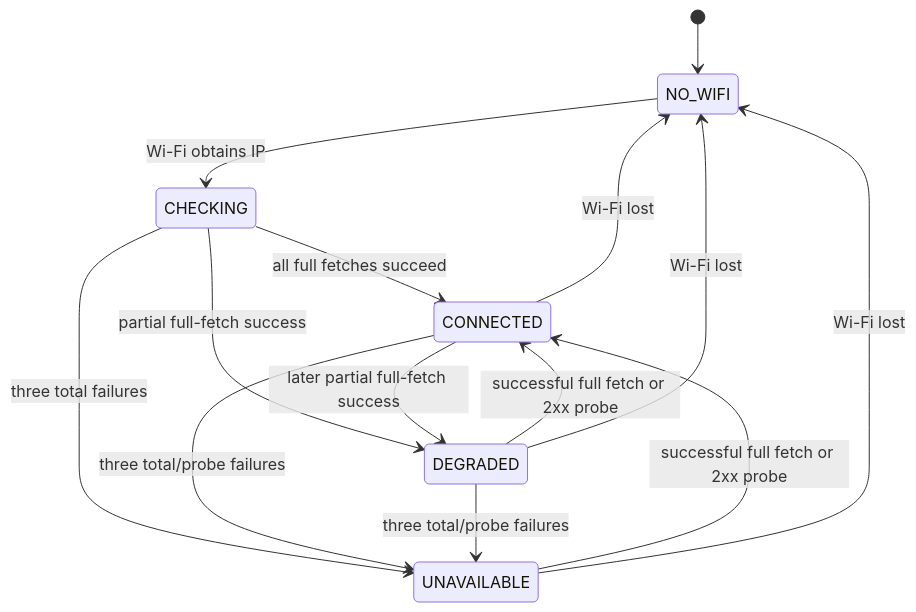
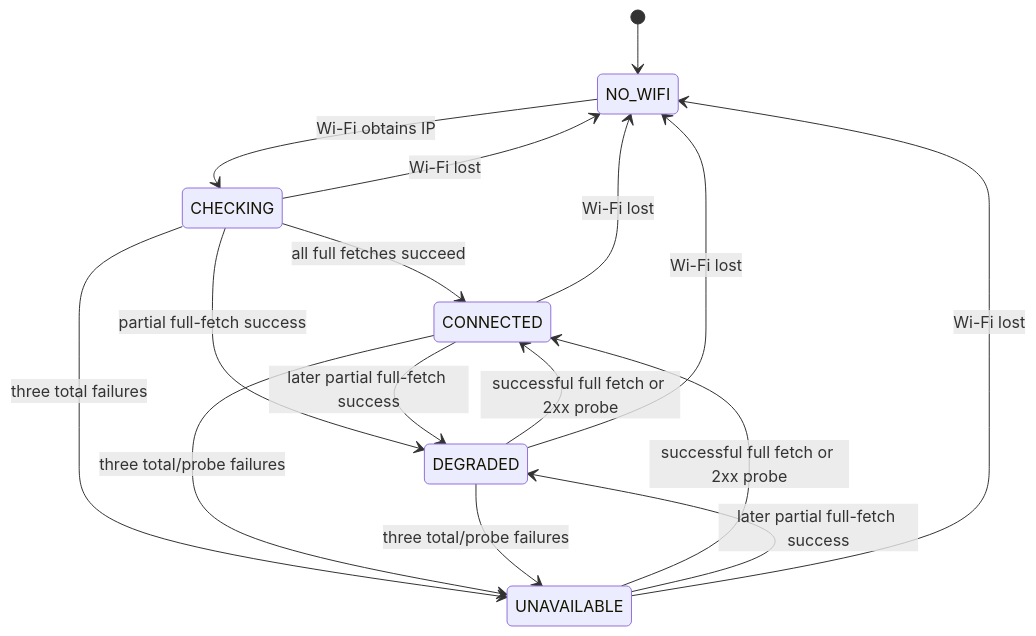
The fourth of 5 diagrams in docs/connectivity.md (keseboleliasteliacom/14_LVGL_BTN), drawn with Mermaid before and after one commit. The commit also changed other lines of this file and 11 other files, not shown here.

````diff
--- a/docs/connectivity.md
+++ b/docs/connectivity.md
@@ -160,16 +244,18 @@
 ```mermaid
 stateDiagram-v2
     [*] --> NO_WIFI
     NO_WIFI --> CHECKING: Wi-Fi obtains IP
     CHECKING --> CONNECTED: all full fetches succeed
     CHECKING --> DEGRADED: partial full-fetch success
     CHECKING --> UNAVAILABLE: three total failures
+    CHECKING --> NO_WIFI: Wi-Fi lost
     CONNECTED --> DEGRADED: later partial full-fetch success
     DEGRADED --> CONNECTED: successful full fetch or 2xx probe
     CONNECTED --> UNAVAILABLE: three total/probe failures
     DEGRADED --> UNAVAILABLE: three total/probe failures
     UNAVAILABLE --> CONNECTED: successful full fetch or 2xx probe
+    UNAVAILABLE --> DEGRADED: later partial full-fetch success
     CONNECTED --> NO_WIFI: Wi-Fi lost
     DEGRADED --> NO_WIFI: Wi-Fi lost
     UNAVAILABLE --> NO_WIFI: Wi-Fi lost
 ```
````
